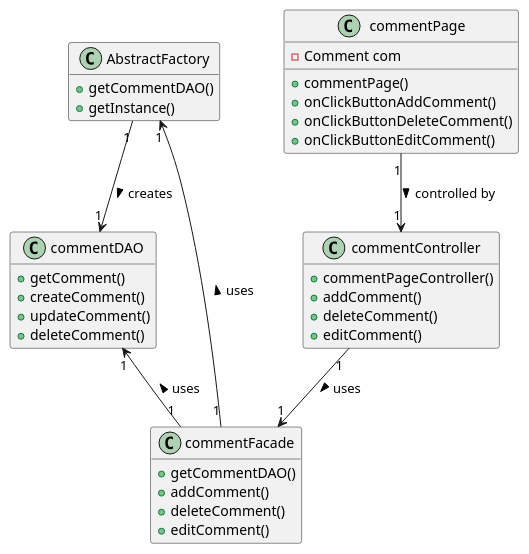
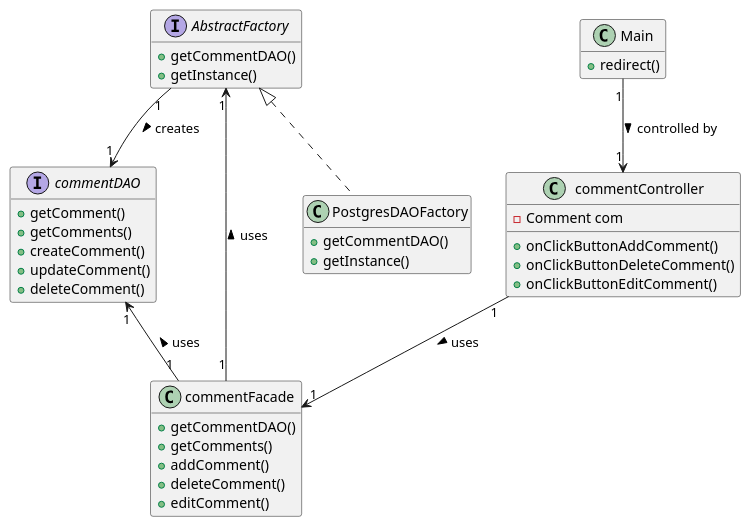
One commit to iusildra/WineCellar changed the diagram in doc/reports/final/comments/comments_classDiagram.plantUML. Above: the diagram before and after it, drawn with PlantUML.

Commit message:
fixing problems on class diagram

```diff
--- a/doc/reports/final/comments/comments_classDiagram.plantUML
+++ b/doc/reports/final/comments/comments_classDiagram.plantUML
@@ -1,49 +1,51 @@
 @startuml
 
 hide empty members
 
-class "commentPage" as UI {
+class "Main" as UI {
+    +redirect()
+}
+
+class "commentController" as Controller {
     -Comment com
-    +commentPage()
     +onClickButtonAddComment()
     +onClickButtonDeleteComment()
     +onClickButtonEditComment()
 }
 
-class "commentController" as Controller {
-    +commentPageController()
+class "commentFacade" as Facade {
+    +getCommentDAO()
+    +getComments()
     +addComment()
     +deleteComment()
     +editComment()
 }
 
-class "commentFacade" as Facade {
-    +getCommentDAO()
-    +addComment()
-    +deleteComment()
-    +editComment()
-}
-
-class "commentDAO" as DAO {
-
+interface "commentDAO" as DAO {
     +getComment()
+    +getComments()
     +createComment()
     +updateComment()
     +deleteComment()
 
 }
 
-class AbstractFactory {
+interface AbstractFactory {
+    +getCommentDAO()
+    +getInstance()
+}
+
+class PostgresDAOFactory implements AbstractFactory {
     +getCommentDAO()
     +getInstance()
 }
 
 UI       "1" -->  "1" Controller: > controlled by
 Controller "1" -->  "1" Facade: > uses
 Facade     "1" -u-> "1" AbstractFactory: > uses
 AbstractFactory    "1" -->  "1" DAO: > creates
 Facade     "1" -u-> "1" DAO: > uses
 
 
 
 @enduml
```
